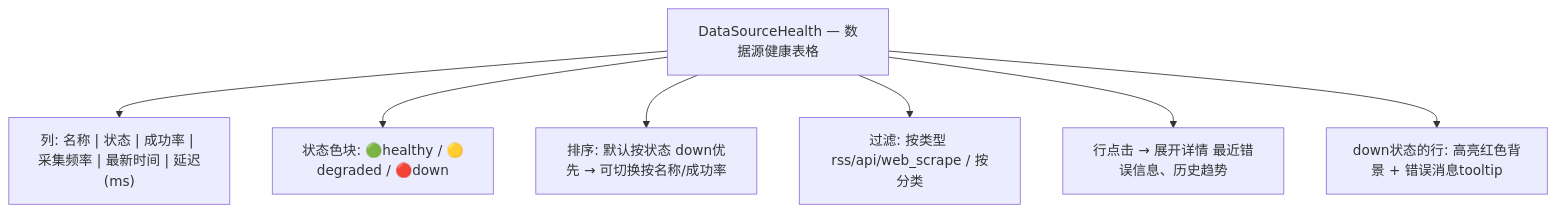
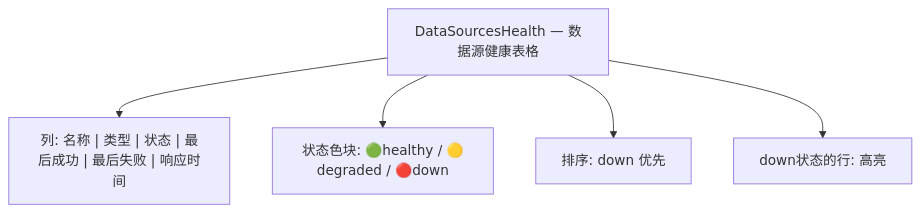
Before and after one commit to onceme/instantboard: the first of 3 diagrams in docs/design/dashboard-tab.md, drawn with Mermaid. The commit also changed other lines of this file and 14 other files, not shown here.

````diff
--- a/docs/design/dashboard-tab.md
+++ b/docs/design/dashboard-tab.md
@@ -96,10 +68,8 @@
 ```mermaid
 graph TD
-  DSH["DataSourceHealth — 数据源健康表格"]
-  DSH --> Columns["列: 名称 | 状态 | 成功率 | 采集频率 | 最新时间 | 延迟(ms)"]
+  DSH["DataSourcesHealth — 数据源健康表格"]
+  DSH --> Columns["列: 名称 | 类型 | 状态 | 最后成功 | 最后失败 | 响应时间"]
   DSH --> StatusColors["状态色块: 🟢healthy / 🟡degraded / 🔴down"]
-  DSH --> Sort["排序: 默认按状态 down优先 → 可切换按名称/成功率"]
-  DSH --> Filter["过滤: 按类型 rss/api/web_scrape / 按分类"]
-  DSH --> RowExpand["行点击 → 展开详情 最近错误信息、历史趋势"]
-  DSH --> DownHL["down状态的行: 高亮红色背景 + 错误消息tooltip"]
+  DSH --> Sort["排序: down 优先"]
+  DSH --> DownHL["down状态的行: 高亮"]
 ```
````
